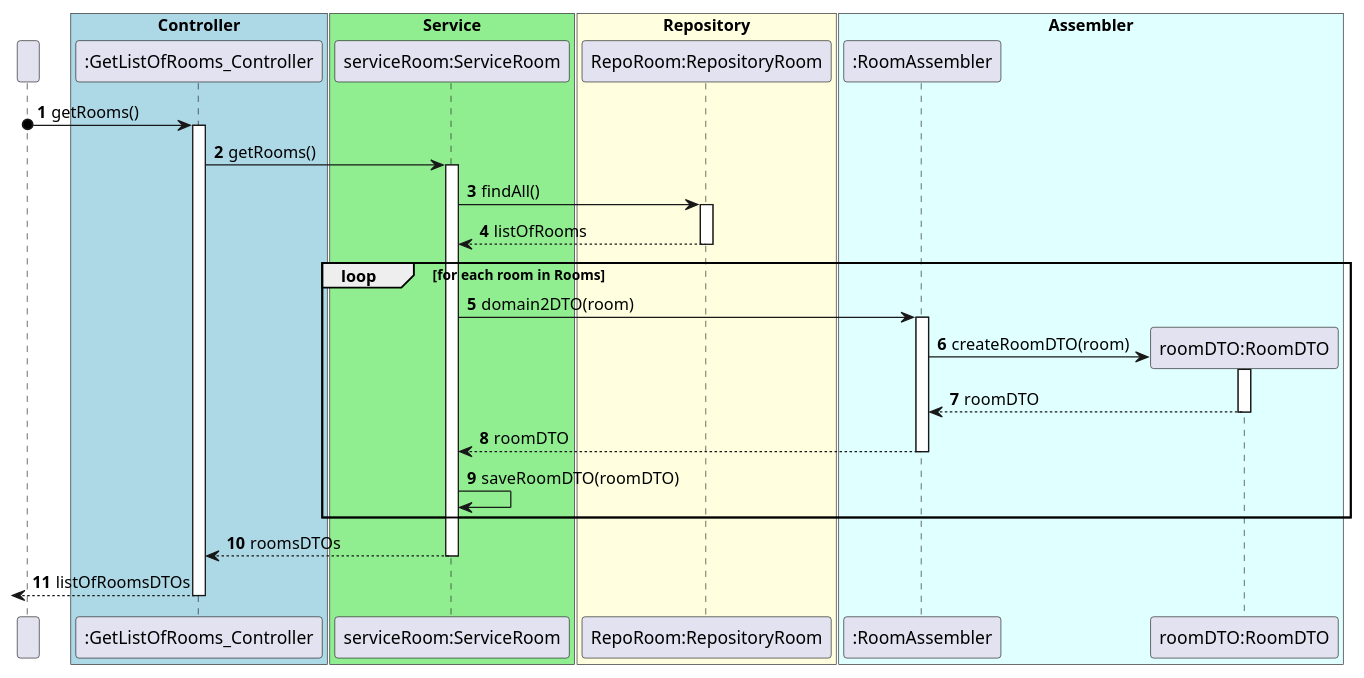
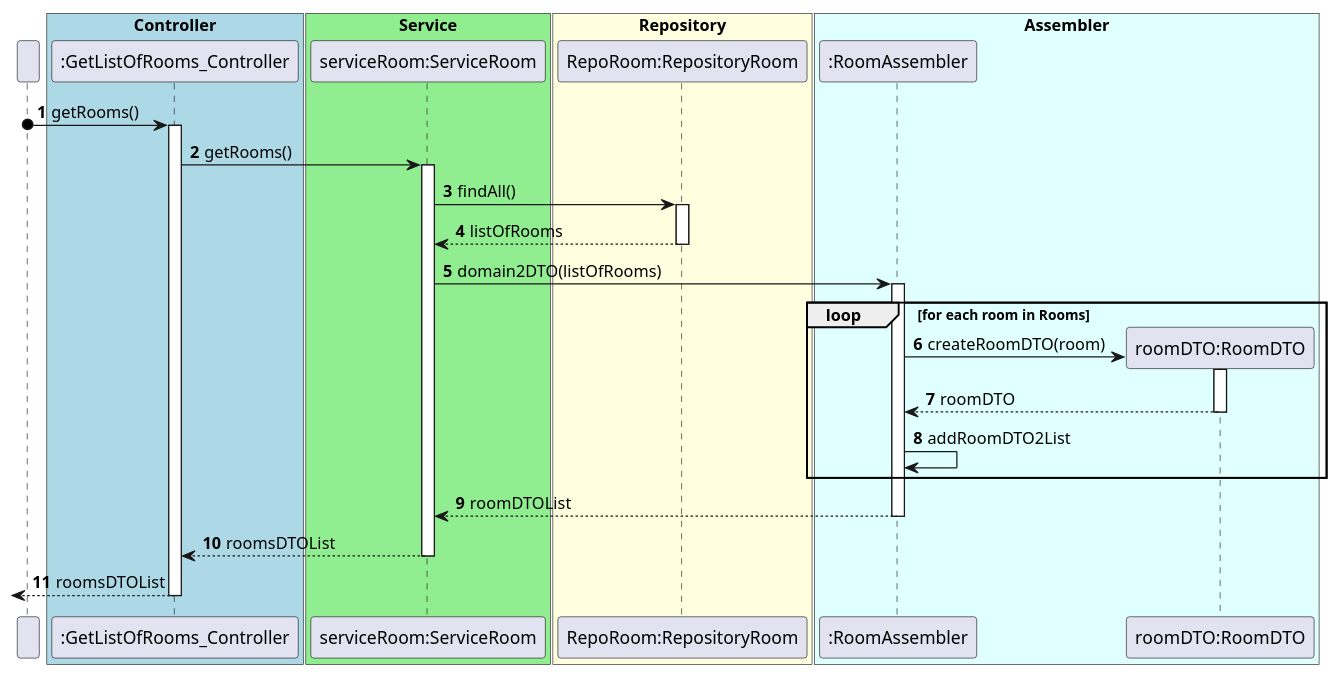
One commit to olivDiogo/SmartHome changed the diagram in docs/ood/sequenceDiagram/US03GetListOfRooms.puml. Above: the diagram before and after it, drawn with PlantUML.

Commit message:
#88: Update US03 Sequence Diagram

```diff
--- a/docs/ood/sequenceDiagram/US03GetListOfRooms.puml
+++ b/docs/ood/sequenceDiagram/US03GetListOfRooms.puml
@@ -1,69 +1,70 @@
 @startuml
 'https://plantuml.com/sequence-diagram
 !pragma layout smetana
 
 participant " " as User
 
 box "Controller" #LightBlue
 participant ":GetListOfRooms_Controller" as GetListOfRoomsController
 end box
 
 box "Service" #LightGreen
 participant "serviceRoom:ServiceRoom" as Service
 end box
 
 box "Repository" #LightYellow
 participant "RepoRoom:RepositoryRoom" as RepositoryRoom
 end box
 
 box "Assembler" #LightCyan
 
 participant ":RoomAssembler" as RoomAssembler
 
 participant "roomDTO:RoomDTO" as RoomDTO
 
 end box
 autonumber
 
 User o-> GetListOfRoomsController: getRooms()
 
 activate GetListOfRoomsController
 
 GetListOfRoomsController -> Service: getRooms()
 
 activate Service
 
 Service -> RepositoryRoom: findAll()
 
 activate RepositoryRoom
 
 RepositoryRoom --> Service: listOfRooms
 
 deactivate RepositoryRoom
 
+Service -> RoomAssembler: domain2DTO(listOfRooms)
 
 loop  for each room in Rooms
-
-Service -> RoomAssembler: domain2DTO(room)
 create RoomDTO
 activate RoomAssembler
 RoomAssembler -> RoomDTO: createRoomDTO(room)
 activate RoomDTO
 RoomDTO --> RoomAssembler: roomDTO
 deactivate RoomDTO
-RoomAssembler --> Service: roomDTO
-deactivate RoomAssembler
-Service -> Service: saveRoomDTO(roomDTO)
-
+RoomAssembler -> RoomAssembler : addRoomDTO2List
 end
 
-Service --> GetListOfRoomsController: roomsDTOs
+RoomAssembler --> Service: roomDTOList
+deactivate RoomAssembler
+
+
+
+Service --> GetListOfRoomsController: roomsDTOList
 
 deactivate Service
 
-<-- GetListOfRoomsController :listOfRoomsDTOs
+<-- GetListOfRoomsController :roomsDTOList
 
 deactivate GetListOfRoomsController
 
 
 @enduml
```
